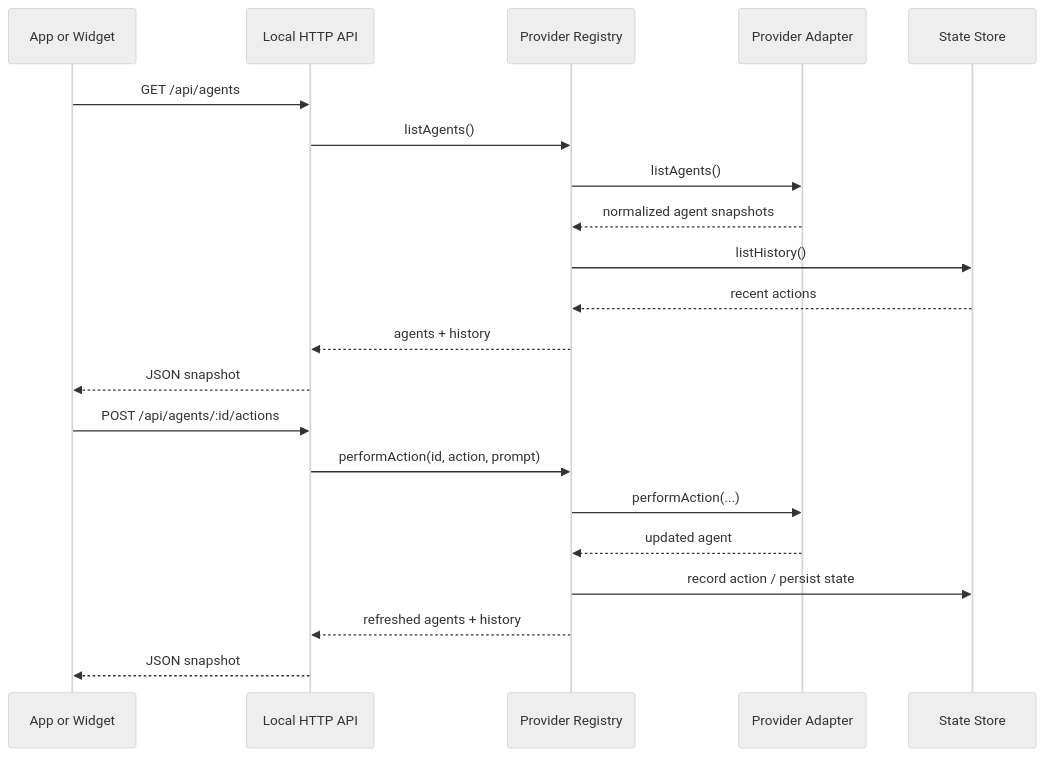
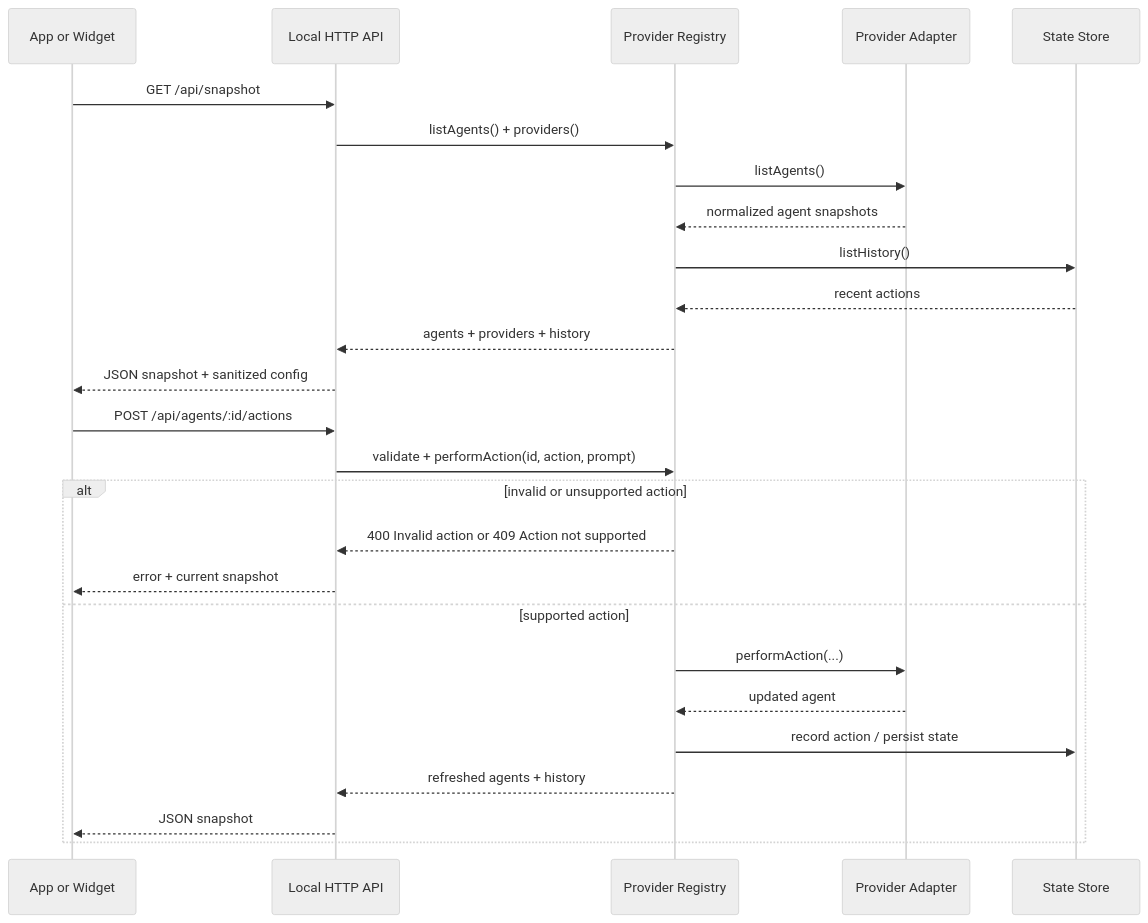
Before and after one commit to NTitterton/agent-monitor: the second of 3 diagrams in project_design.md, drawn with Mermaid (neutral theme). The commit also changed other lines of this file, not shown here.

````diff
--- a/project_design.md
+++ b/project_design.md
@@ -104,25 +102,30 @@
 ```mermaid
 sequenceDiagram
     participant UI as App or Widget
     participant API as Local HTTP API
     participant Registry as Provider Registry
     participant Provider as Provider Adapter
     participant Store as State Store
 
-    UI->>API: GET /api/agents
-    API->>Registry: listAgents()
+    UI->>API: GET /api/snapshot
+    API->>Registry: listAgents() + providers()
     Registry->>Provider: listAgents()
     Provider-->>Registry: normalized agent snapshots
     Registry->>Store: listHistory()
     Store-->>Registry: recent actions
-    Registry-->>API: agents + history
-    API-->>UI: JSON snapshot
+    Registry-->>API: agents + providers + history
+    API-->>UI: JSON snapshot + sanitized config
 
     UI->>API: POST /api/agents/:id/actions
-    API->>Registry: performAction(id, action, prompt)
+    API->>Registry: validate + performAction(id, action, prompt)
+    alt invalid or unsupported action
+        Registry-->>API: 400 Invalid action or 409 Action not supported
+        API-->>UI: error + current snapshot
+    else supported action
     Registry->>Provider: performAction(...)
     Provider-->>Registry: updated agent
     Registry->>Store: record action / persist state
     Registry-->>API: refreshed agents + history
     API-->>UI: JSON snapshot
+    end
 ```
````
